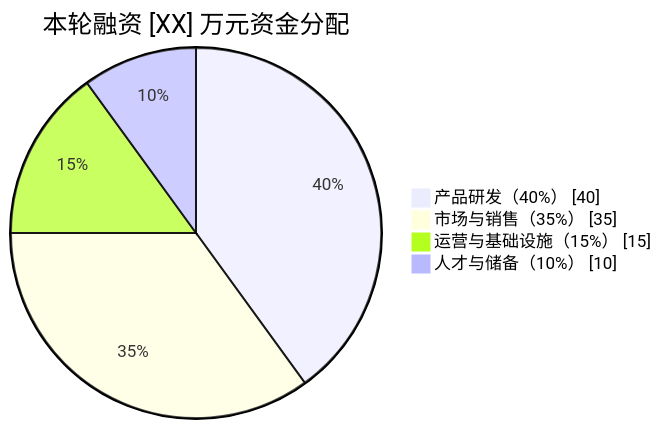
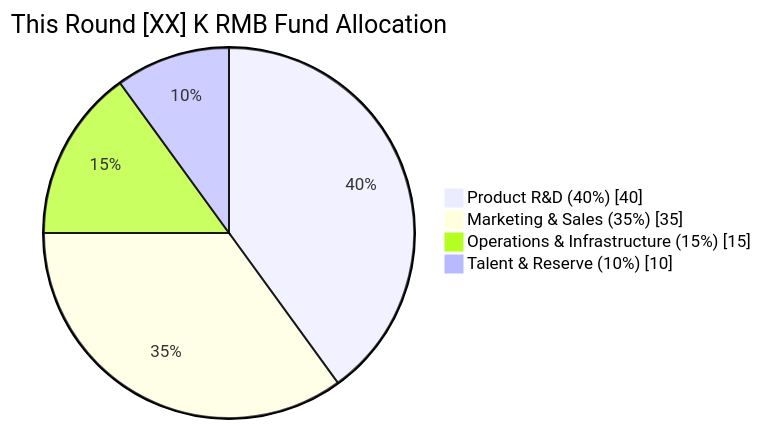
The ninth of 10 diagrams in templates/【模板】商业计划书.md (Kirky-X/cangjie), drawn with Mermaid before and after one commit. The commit also changed other lines of this file and 12 other files, not shown here.

````diff
--- a/templates/【模板】商业计划书.md
+++ b/templates/【模板】商业计划书.md
@@ -362,8 +362,8 @@
 ```mermaid
 pie showData
-    title 本轮融资 [XX] 万元资金分配
-    "产品研发（40%）" : 40
-    "市场与销售（35%）" : 35
-    "运营与基础设施（15%）" : 15
-    "人才与储备（10%）" : 10
+    title This Round [XX] K RMB Fund Allocation
+    "Product R&D (40%)" : 40
+    "Marketing & Sales (35%)" : 35
+    "Operations & Infrastructure (15%)" : 15
+    "Talent & Reserve (10%)" : 10
 ```
````
